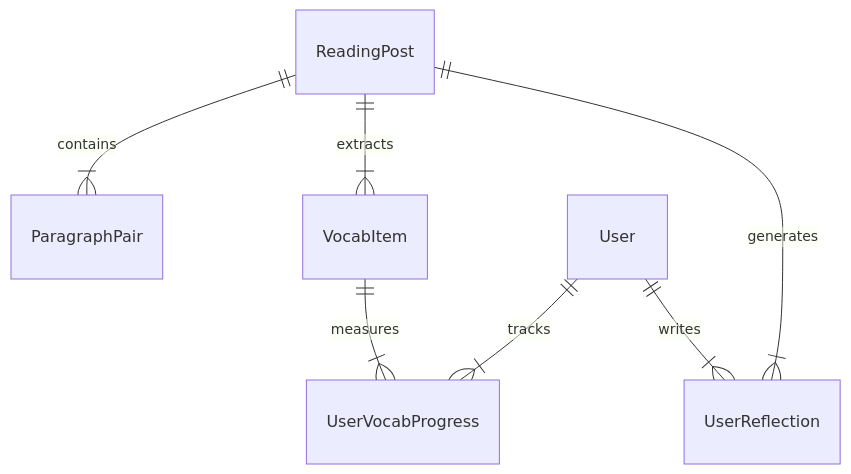
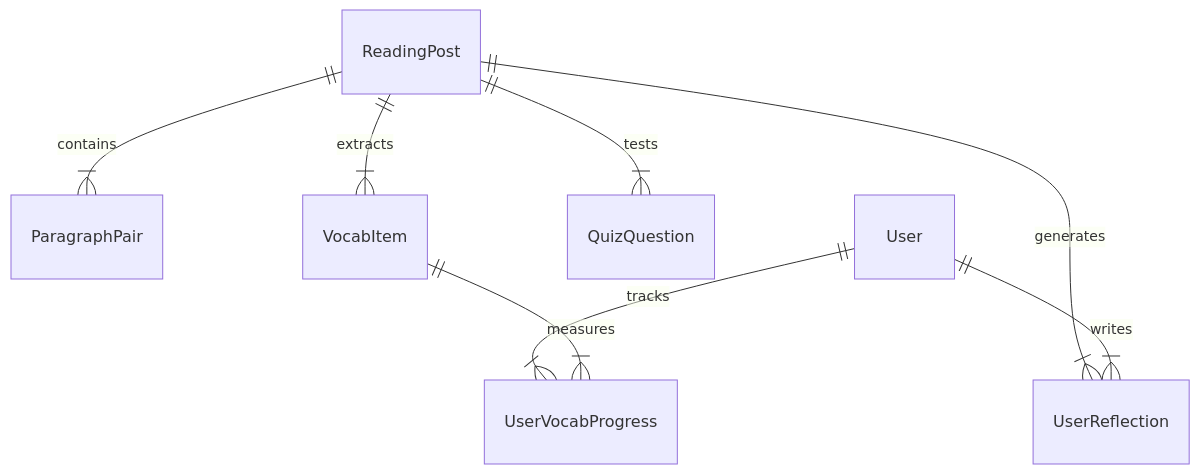
The diagram in 00_core/system_data_dictionary.md (viecultures/document), drawn with Mermaid before and after one commit. The commit also changed other lines of this file and 2 other files, not shown here.

````diff
--- a/00_core/system_data_dictionary.md
+++ b/00_core/system_data_dictionary.md
@@ -13,9 +13,10 @@
 ```mermaid
 erDiagram
     ReadingPost ||--|{ ParagraphPair : contains
     ReadingPost ||--|{ VocabItem : extracts
     ReadingPost ||--|{ UserReflection : generates
+    ReadingPost ||--|{ QuizQuestion : tests
     User ||--|{ UserReflection : writes
     User ||--|{ UserVocabProgress : tracks
     VocabItem ||--|{ UserVocabProgress : measures
 ```
````
